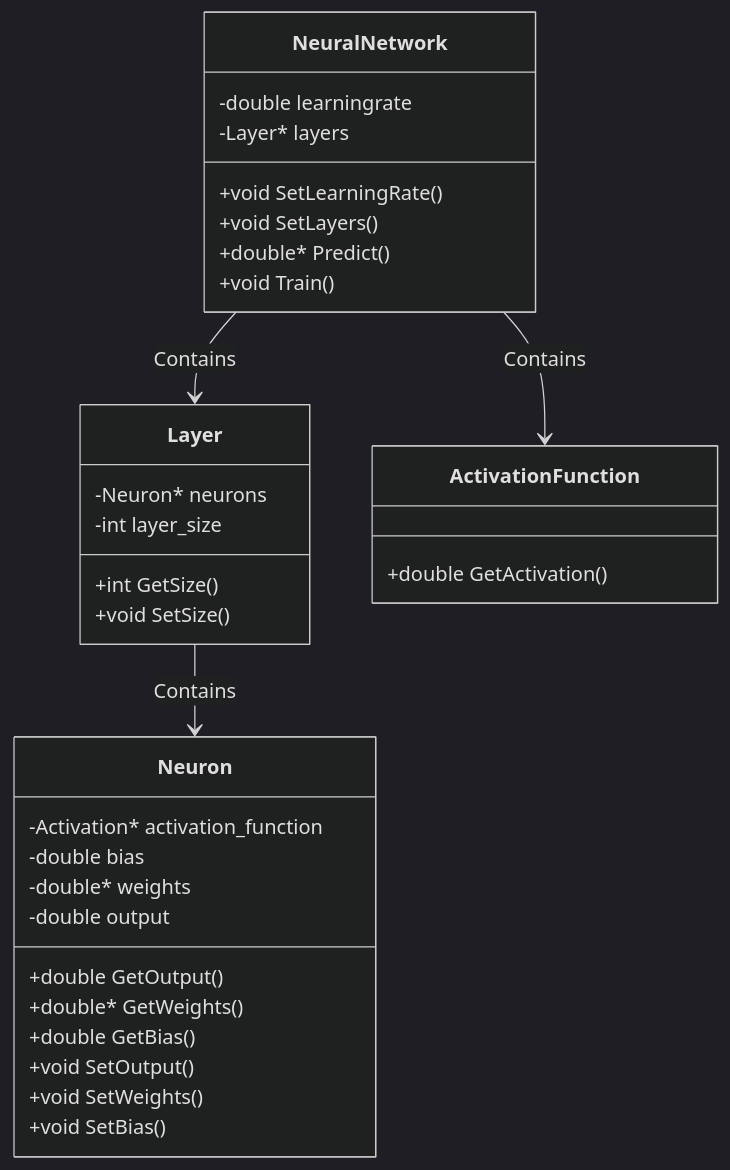
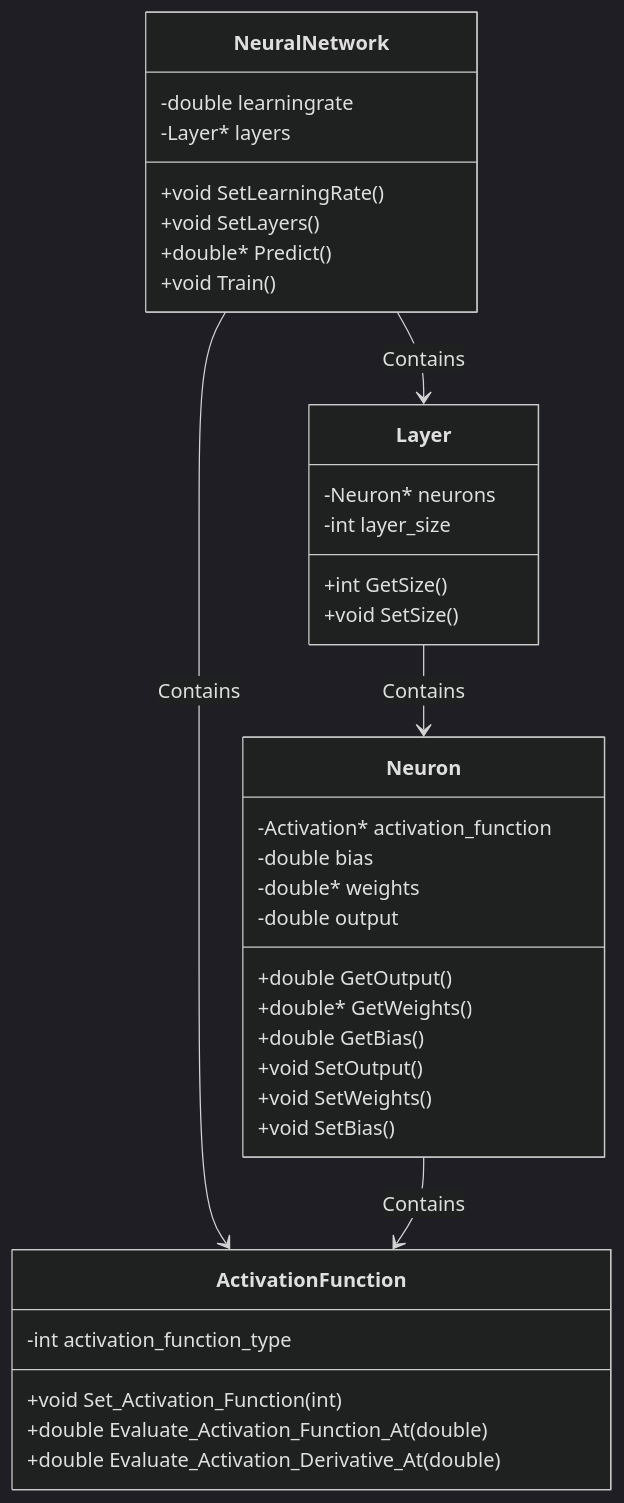
The diagram in Resources/Images/classBasicsNabla.md (Juan-Smith/Nabla), drawn with Mermaid (dark theme) before and after one commit. The commit also changed 1 other file, not shown here.

Commit message:
Updated Basic Class Information

````diff
--- a/Resources/Images/classBasicsNabla.md
+++ b/Resources/Images/classBasicsNabla.md
@@ -1,42 +1,46 @@
 ```mermaid
  classDiagram
       
       NeuralNetwork --> Layer : Contains
       Layer --> Neuron : Contains
       NeuralNetwork --> ActivationFunction : Contains
+      Neuron --> ActivationFunction : Contains
       
       class NeuralNetwork{
           -double learningrate
           -Layer* layers
           +void SetLearningRate()
           +void SetLayers()
           +double* Predict()
           +void Train()
       }
       
       class Layer{
           -Neuron* neurons
           -int layer_size
           +int GetSize()
           +void SetSize()
       }
       
       class Neuron{
       	-Activation* activation_function
         -double bias
         -double* weights
         -double output
         +double GetOutput()
         +double* GetWeights()
         +double GetBias()
         +void SetOutput()
         +void SetWeights()
         +void SetBias()
 	  }
       
       
       class ActivationFunction{
-          +double GetActivation()
+          -int activation_function_type
+          +void Set_Activation_Function(int)
+          +double Evaluate_Activation_Function_At(double)
+          +double Evaluate_Activation_Derivative_At(double)
       }
       
 ```
````
